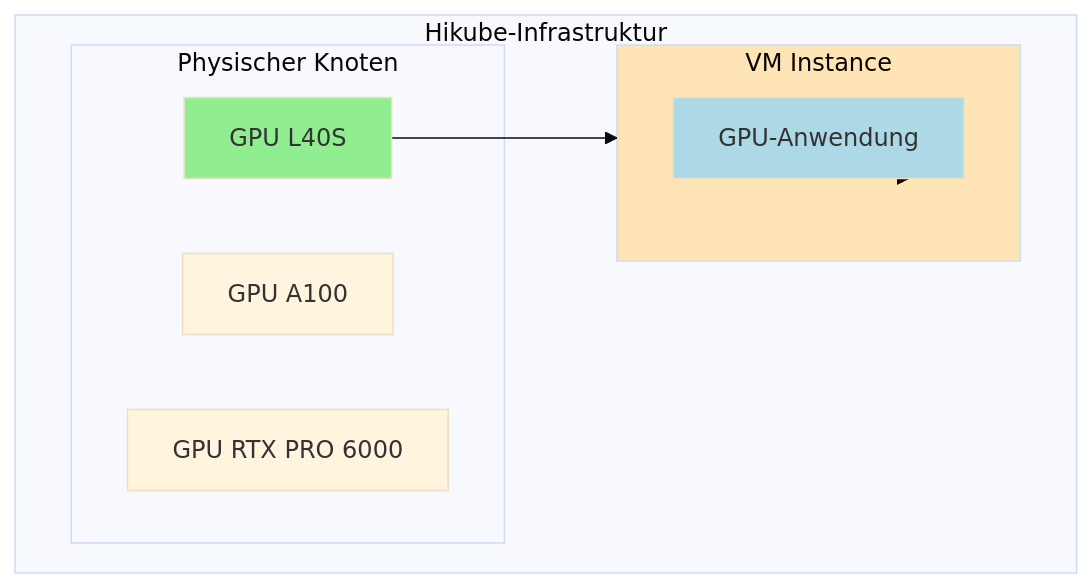
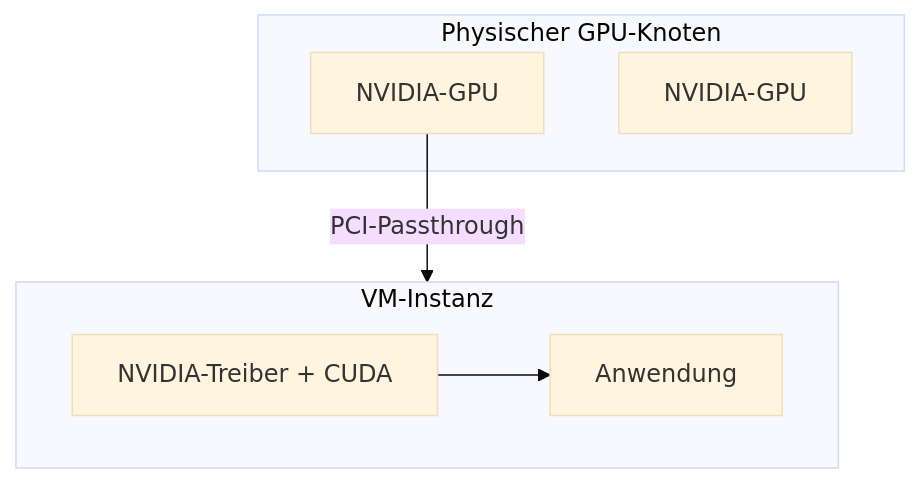
One commit to HidoraSwiss/hikube-public-doc changed the first of 2 diagrams in i18n/de/docusaurus-plugin-content-docs/current/services/gpu/overview.md. Above: the diagram before and after it, drawn with Mermaid (base theme). The commit also changed other lines of this file and 148 other files, not shown here.

````diff
--- a/i18n/de/docusaurus-plugin-content-docs/current/services/gpu/overview.md
+++ b/i18n/de/docusaurus-plugin-content-docs/current/services/gpu/overview.md
@@ -71,21 +59,15 @@
 ```mermaid
 flowchart TD
-    subgraph HIKUBE["Hikube-Infrastruktur"]
-        subgraph NODE["Physischer Knoten"]
-            GPU1["GPU L40S"]
-            GPU2["GPU A100"]
-            GPU3["GPU RTX PRO 6000"]
-        end
-        
-        subgraph VM1["VM Instance"]
-            APP1["GPU-Anwendung"]
-        end
+    subgraph NODE["Physischer GPU-Knoten"]
+        GPU1["NVIDIA-GPU"]
+        GPU2["NVIDIA-GPU"]
     end
-    
-    GPU1 --> VM1
-    VM1 --> APP1
-    
-    style GPU1 fill:#90EE90
-    style VM1 fill:#FFE4B5
-    style APP1 fill:#ADD8E6
+
+    subgraph VM1["VM-Instanz"]
+        DRV["NVIDIA-Treiber + CUDA"]
+        APP1["Anwendung"]
+    end
+
+    GPU1 -->|PCI-Passthrough| VM1
+    DRV --> APP1
 ```
````
